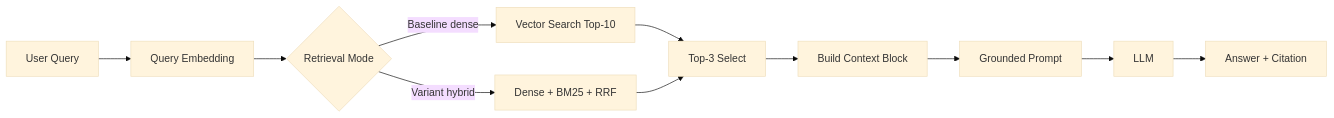
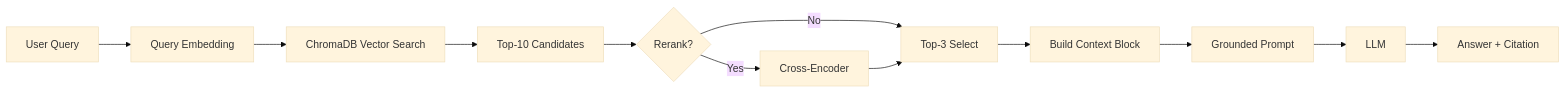
The diagram in docs/architecture.md (Wan1302/Nhom70-403-Day08), drawn with Mermaid (base theme) before and after one commit. The commit also changed other lines of this file and 11 other files, not shown here.

````diff
--- a/docs/architecture.md
+++ b/docs/architecture.md
@@ -132,13 +123,14 @@
 ```mermaid
 graph LR
     A[User Query] --> B[Query Embedding]
-    B --> C{Retrieval Mode}
-    C -->|Baseline dense| E[Vector Search Top-10]
-    C -->|Variant hybrid| F[Dense + BM25 + RRF]
-    E --> G[Top-3 Select]
+    B --> C[ChromaDB Vector Search]
+    C --> D[Top-10 Candidates]
+    D --> E{Rerank?}
+    E -->|Yes| F[Cross-Encoder]
+    E -->|No| G[Top-3 Select]
     F --> G
     G --> H[Build Context Block]
     H --> I[Grounded Prompt]
     I --> J[LLM]
     J --> K[Answer + Citation]
 ```
````
